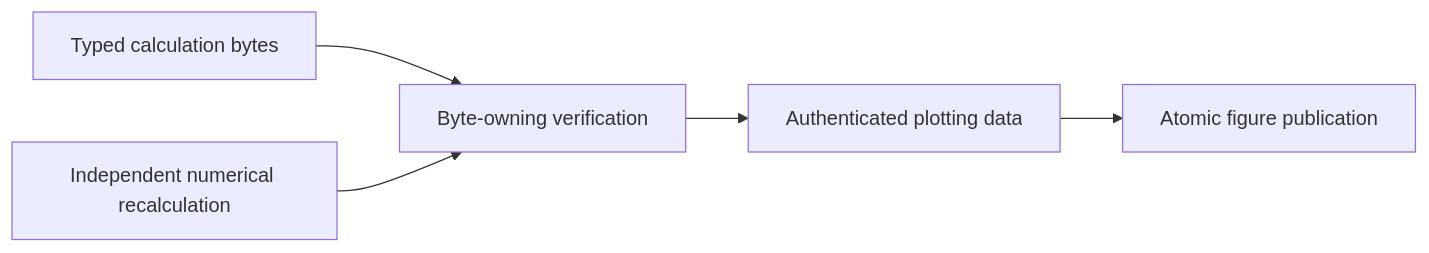
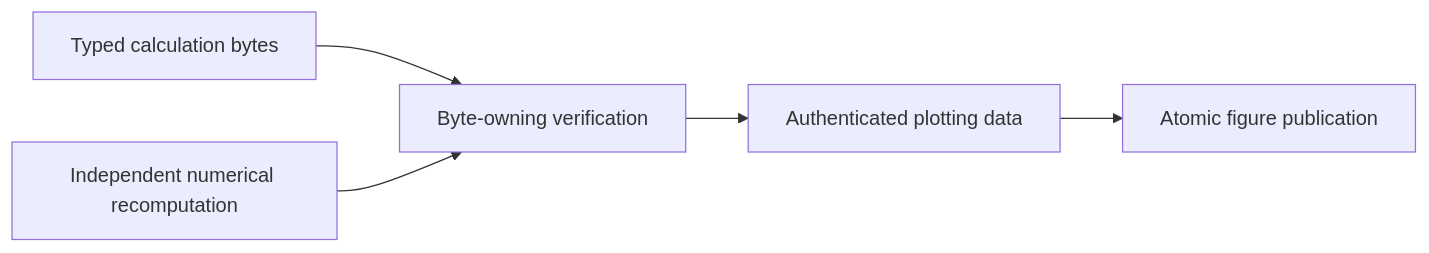
One commit to eragasa/ksdft2effmass changed the third of 4 diagrams in docs/architecture/v3/ksdft2effmass/periodic1d/higher_rank_alignment/schematics.md. Above: the diagram before and after it, drawn with Mermaid. The commit also changed other lines of this file and 55 other files, not shown here.

Commit message:
Refactor higher-rank gauge alignment architecture

````diff
--- a/docs/architecture/v3/ksdft2effmass/periodic1d/higher_rank_alignment/schematics.md
+++ b/docs/architecture/v3/ksdft2effmass/periodic1d/higher_rank_alignment/schematics.md
@@ -47,12 +78,12 @@
 ```mermaid
 flowchart LR
     C[Typed calculation bytes]
-    I[Independent numerical recalculation]
+    I[Independent numerical recomputation]
     V[Byte-owning verification]
     D[Authenticated plotting data]
     G[Atomic figure publication]
 
     C --> V
     I --> V
     V --> D --> G
 ```
````
